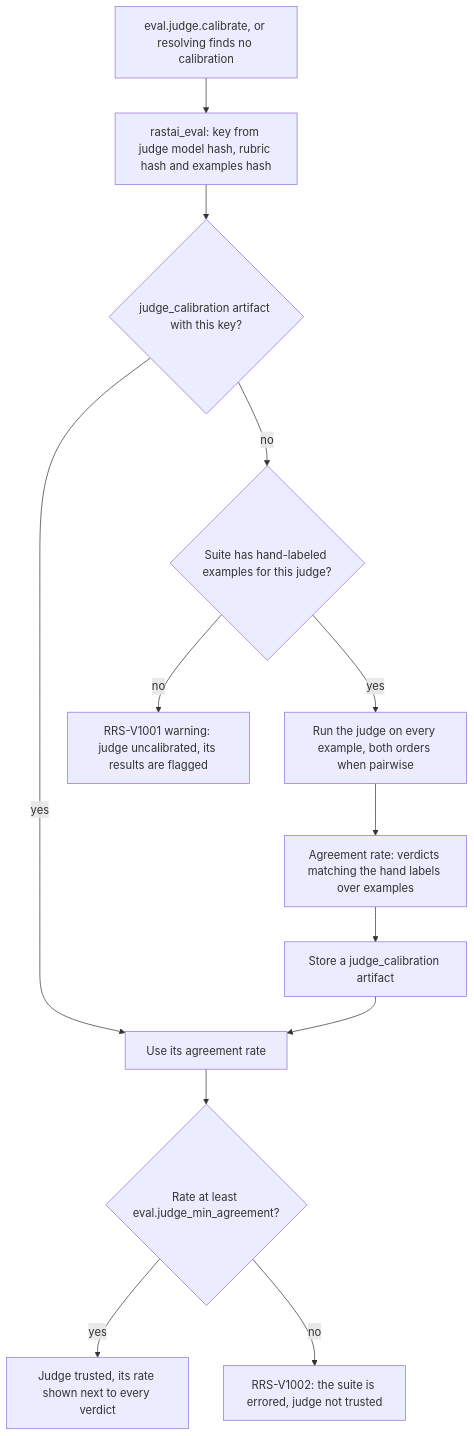
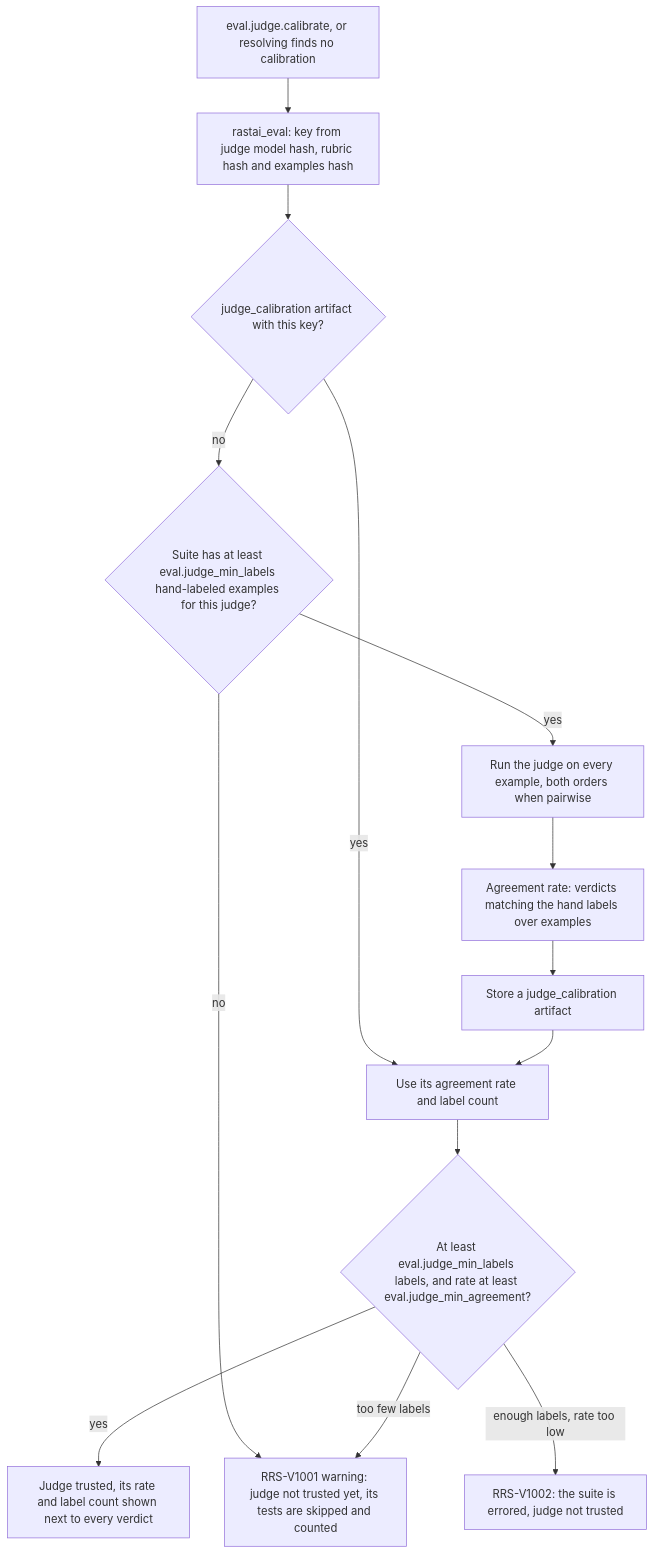
Diagram 19 of 32 in docs/architecture/flows/training-evaluation.md (Snubiss/RASTAI-Research-Studio), drawn with Mermaid before and after one commit. The commit also changed other lines of this file and 44 other files, not shown here.

````diff
--- a/docs/architecture/flows/training-evaluation.md
+++ b/docs/architecture/flows/training-evaluation.md
@@ -1077,15 +1143,16 @@
 ```mermaid
 flowchart TD
   A["eval.judge.calibrate, or resolving finds no calibration"] --> B["rastai_eval: key from judge model hash, rubric hash and examples hash"]
   B --> C{"judge_calibration artifact with this key?"}
-  C -->|yes| R["Use its agreement rate"]
-  C -->|no| D{"Suite has hand-labeled examples for this judge?"}
-  D -->|no| W["RRS-V1001 warning: judge uncalibrated, its results are flagged"]
+  C -->|yes| R["Use its agreement rate and label count"]
+  C -->|no| D{"Suite has at least eval.judge_min_labels hand-labeled examples for this judge?"}
+  D -->|no| W["RRS-V1001 warning: judge not trusted yet, its tests are skipped and counted"]
   D -->|yes| E["Run the judge on every example, both orders when pairwise"]
   E --> F["Agreement rate: verdicts matching the hand labels over examples"]
   F --> G["Store a judge_calibration artifact"]
   G --> R
-  R --> H{"Rate at least eval.judge_min_agreement?"}
-  H -->|yes| OK["Judge trusted, its rate shown next to every verdict"]
-  H -->|no| X["RRS-V1002: the suite is errored, judge not trusted"]
+  R --> H{"At least eval.judge_min_labels labels, and rate at least eval.judge_min_agreement?"}
+  H -->|yes| OK["Judge trusted, its rate and label count shown next to every verdict"]
+  H -->|"too few labels"| W
+  H -->|"enough labels, rate too low"| X["RRS-V1002: the suite is errored, judge not trusted"]
 ```
````
